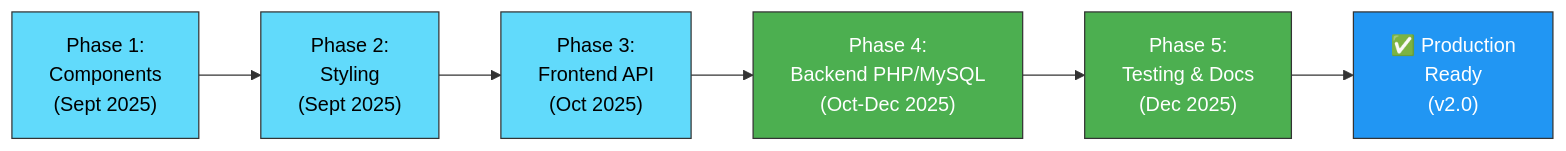
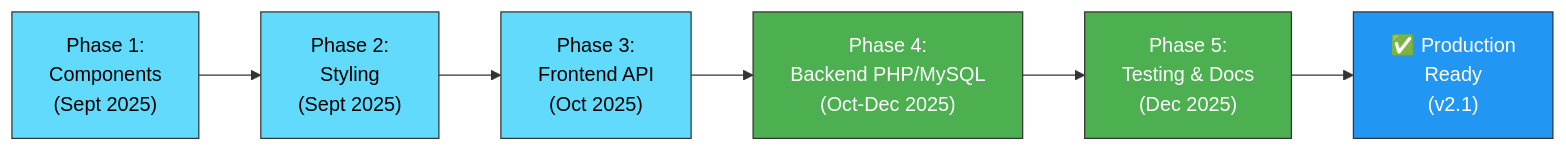
The second of 5 diagrams in documentation/init-documentation.md (Keonbe/PWD-Automated-Application-System), drawn with Mermaid before and after one commit. The commit also changed other lines of this file and 3 other files, not shown here.

````diff
--- a/documentation/init-documentation.md
+++ b/documentation/init-documentation.md
@@ -622,15 +635,15 @@
 ```mermaid
 graph LR
     A["Phase 1:<br/>Components<br/>(Sept 2025)"] --> B["Phase 2:<br/>Styling<br/>(Sept 2025)"]
     B --> C["Phase 3:<br/>Frontend API<br/>(Oct 2025)"]
     C --> D["Phase 4:<br/>Backend PHP/MySQL<br/>(Oct-Dec 2025)"]
     D --> E["Phase 5:<br/>Testing & Docs<br/>(Dec 2025)"]
-    E --> F["✅ Production<br/>Ready<br/>(v2.0)"]
+    E --> F["✅ Production<br/>Ready<br/>(v2.1)"]
     
     style A fill:#61dafb,stroke:#333,color:#000
     style B fill:#61dafb,stroke:#333,color:#000
     style C fill:#61dafb,stroke:#333,color:#000
     style D fill:#4CAF50,stroke:#333,color:#fff
     style E fill:#4CAF50,stroke:#333,color:#fff
     style F fill:#2196F3,stroke:#333,color:#fff
 ```
````
